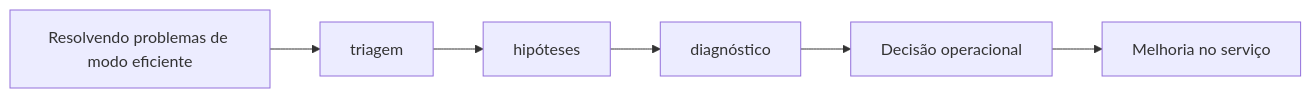
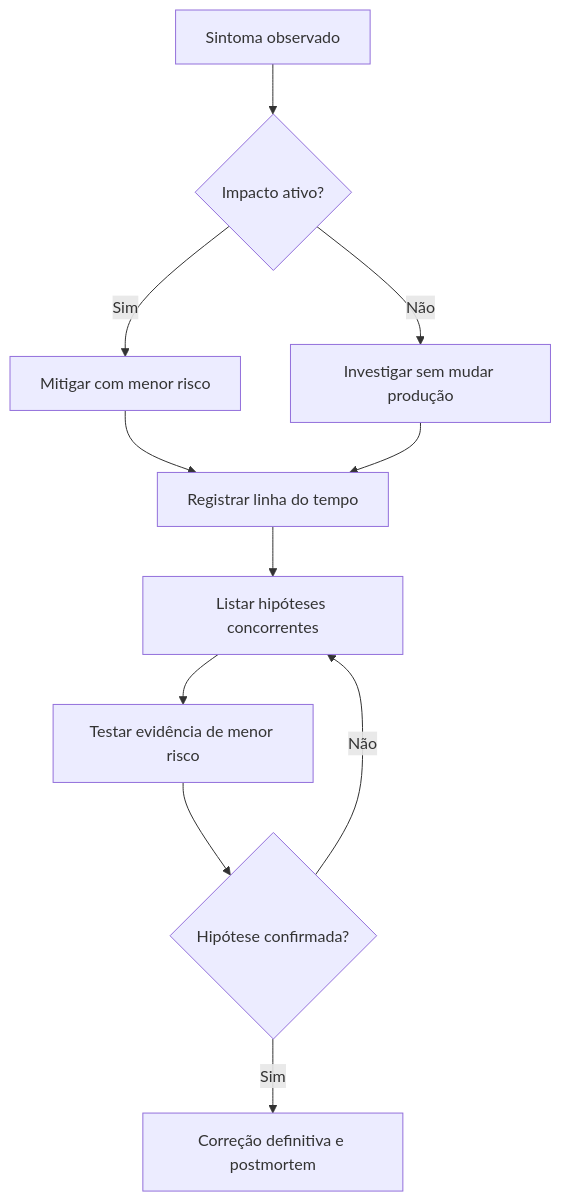
Before and after one commit to rafaelrezo/curso-engenharia-confiabilidade: the diagram in docs/capitulos/capitulo-08.md, drawn with Mermaid. The commit also changed other lines of this file and 31 other files, not shown here.

````diff
--- a/docs/capitulos/capitulo-08.md
+++ b/docs/capitulos/capitulo-08.md
@@ -95,8 +109,13 @@
 ```mermaid
-flowchart LR
-    Tema["Resolvendo problemas de modo eficiente"] --> C1["triagem"]
-    C1 --> C2["hipóteses"]
-    C2 --> C3["diagnóstico"]
-    C3 --> Decisao["Decisão operacional"]
-    Decisao --> Acao["Melhoria no serviço"]
+flowchart TD
+    Sintoma["Sintoma observado"] --> Triagem{"Impacto ativo?"}
+    Triagem -->|Sim| Mitigar["Mitigar com menor risco"]
+    Triagem -->|Não| Investigar["Investigar sem mudar produção"]
+    Mitigar --> Linha["Registrar linha do tempo"]
+    Investigar --> Linha
+    Linha --> Hipoteses["Listar hipóteses concorrentes"]
+    Hipoteses --> Teste["Testar evidência de menor risco"]
+    Teste --> Resultado{"Hipótese confirmada?"}
+    Resultado -->|Sim| Correcao["Correção definitiva e postmortem"]
+    Resultado -->|Não| Hipoteses
 ```
````
